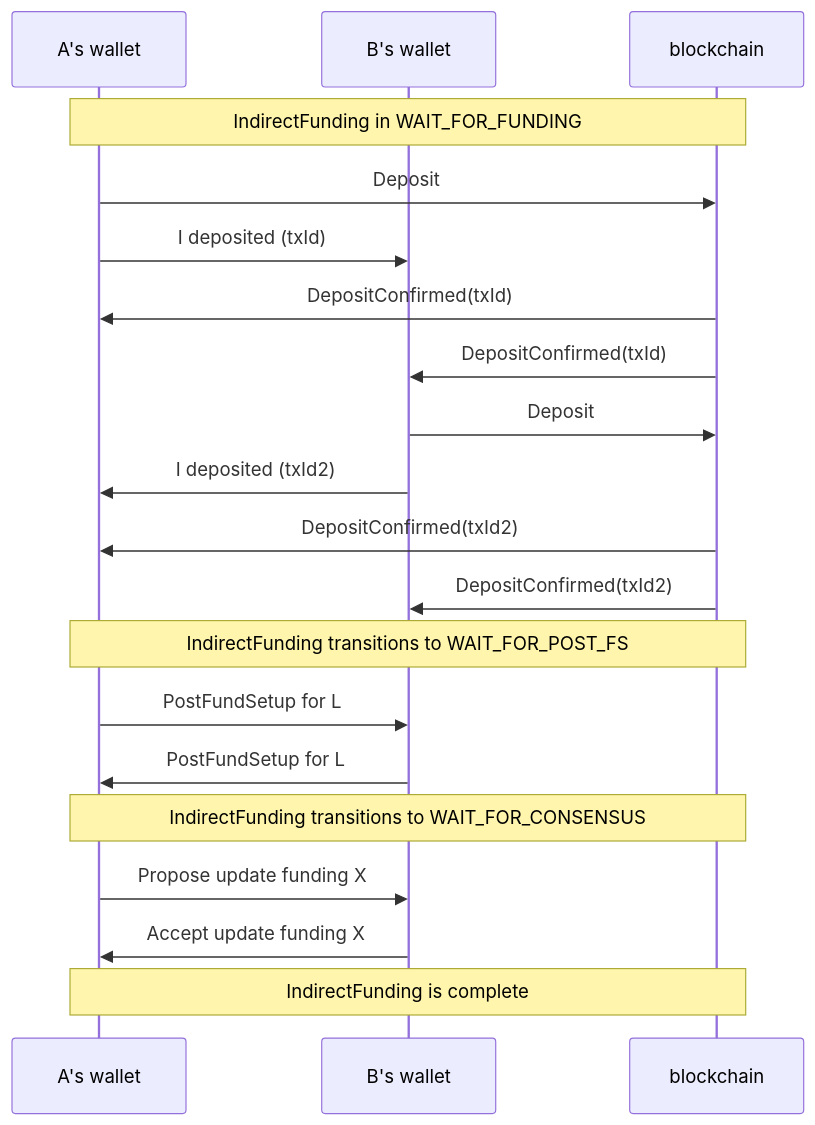
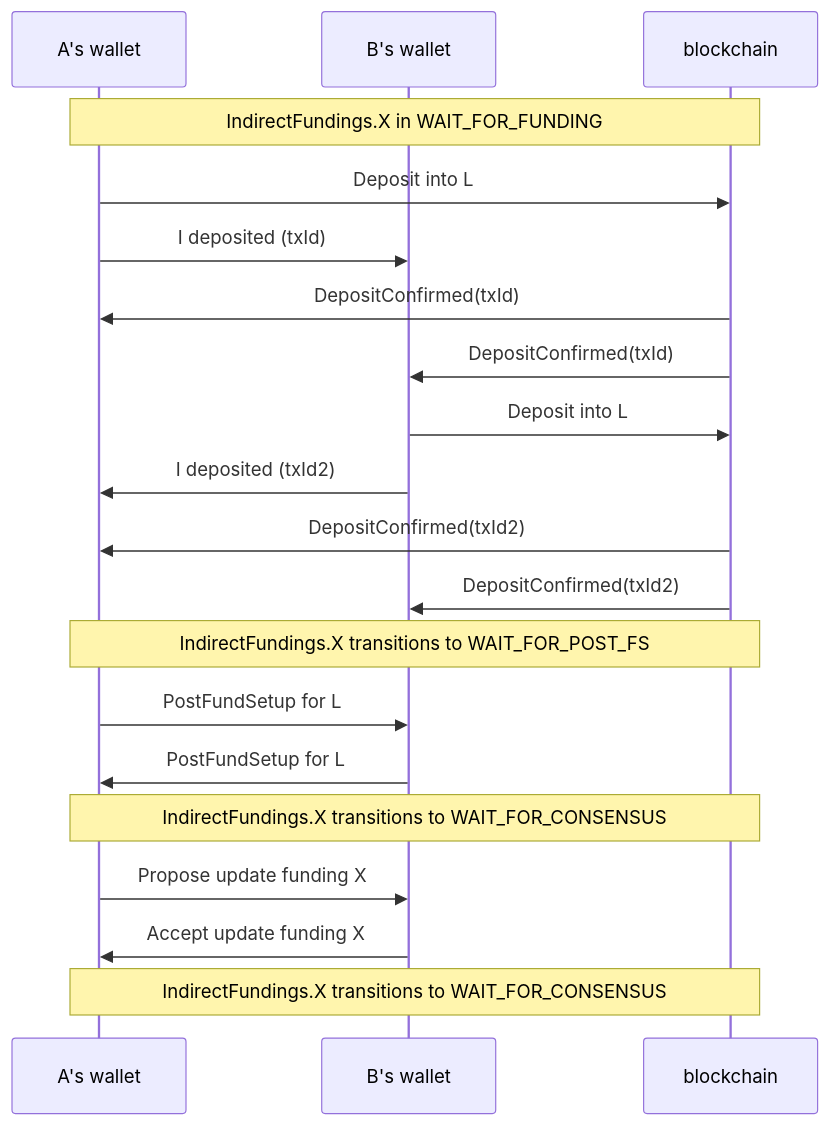
Before and after one commit to magmo/apps: the fourth of 4 diagrams in packages/wallet/notes/indirect_funding_proposal.md, drawn with Mermaid. The commit also changed other lines of this file, not shown here.

````diff
--- a/packages/wallet/notes/indirect_funding_proposal.md
+++ b/packages/wallet/notes/indirect_funding_proposal.md
@@ -94,30 +96,30 @@
 ```mermaid
 sequenceDiagram
     participant wltA as A's wallet
     participant wltB as B's wallet
     participant blk as blockchain
 
-    Note over wltA, blk: IndirectFunding in WAIT_FOR_FUNDING
+    Note over wltA, blk: IndirectFundings.X in WAIT_FOR_FUNDING
 
-    wltA->>blk: Deposit
+    wltA->>blk: Deposit into L
     wltA->>wltB: I deposited (txId)
     blk->>wltA: DepositConfirmed(txId)
     blk->>wltB: DepositConfirmed(txId)
-    wltB->>blk: Deposit
+    wltB->>blk: Deposit into L
     wltB->>wltA: I deposited (txId2)
     blk->>wltA: DepositConfirmed(txId2)
     blk->>wltB: DepositConfirmed(txId2)
 
-    Note over wltA, blk: IndirectFunding transitions to WAIT_FOR_POST_FS
+    Note over wltA, blk: IndirectFundings.X transitions to WAIT_FOR_POST_FS
 
     wltA->>wltB: PostFundSetup for L
     wltB->>wltA: PostFundSetup for L
 
-    Note over wltA, blk: IndirectFunding transitions to WAIT_FOR_CONSENSUS
+    Note over wltA, blk: IndirectFundings.X transitions to WAIT_FOR_CONSENSUS
 
     wltA->>wltB: Propose update funding X
     wltB->>wltA: Accept update funding X
 
-    Note over wltA, blk: IndirectFunding is complete 
+    Note over wltA, blk: IndirectFundings.X transitions to WAIT_FOR_CONSENSUS 
 
 ```
````
